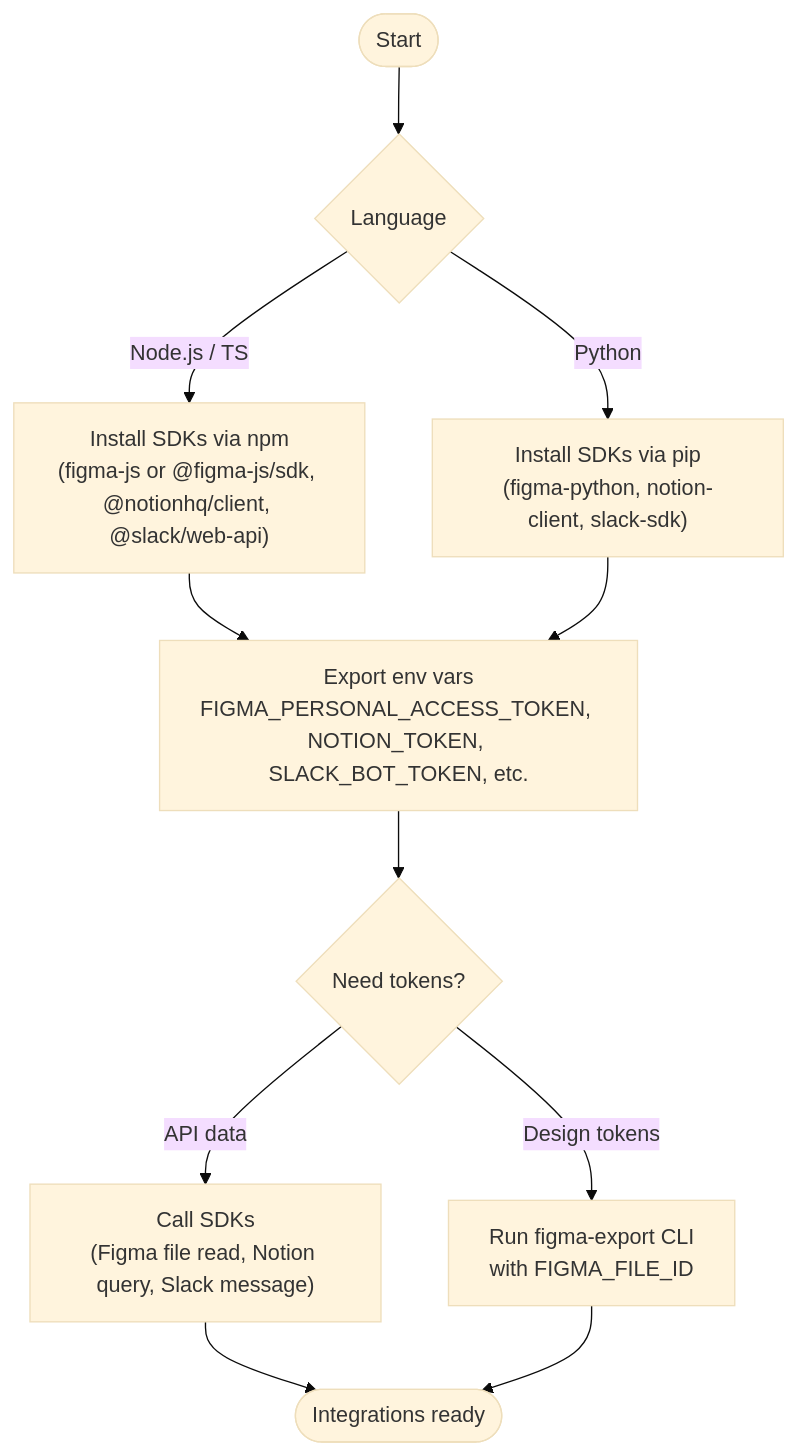
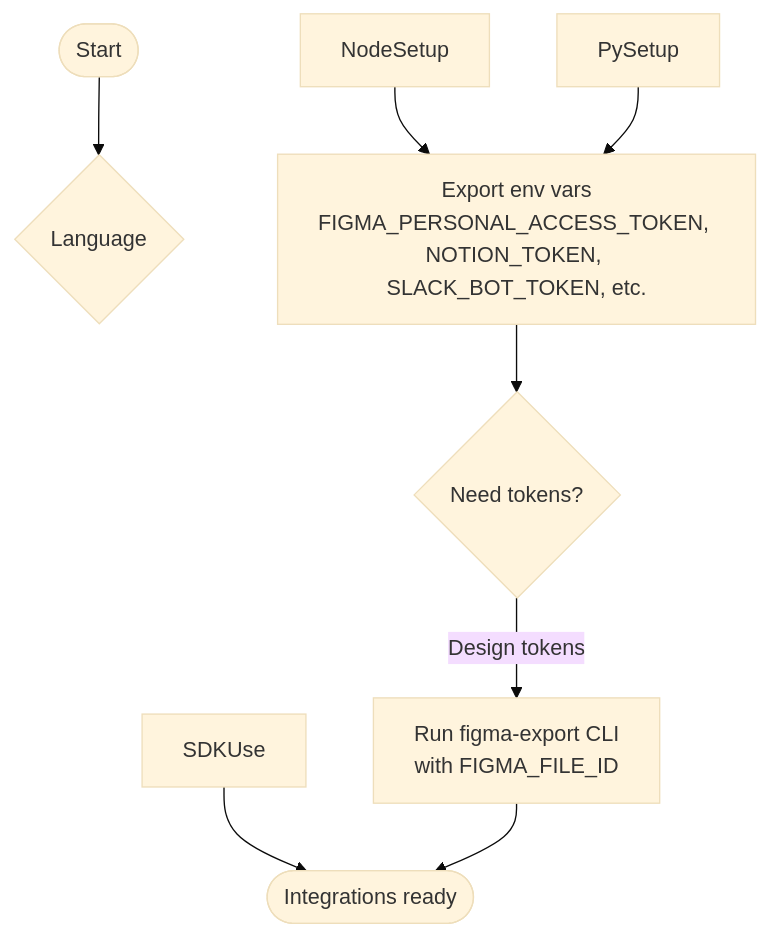
One commit to Arisofia/loans-analytics changed the second of 2 diagrams in docs/integrations.md. Above: the diagram before and after it, drawn with Mermaid (base theme). The commit also changed other lines of this file and 106 other files, not shown here.

````diff
--- a/docs/integrations.md
+++ b/docs/integrations.md
@@ -193,13 +176,10 @@
 ```mermaid
 flowchart TD
   Start([Start]) --> Lang{Language}
-  Lang -->|Node.js / TS| NodeSetup["Install SDKs via npm\n(figma-js or @figma-js/sdk, @notionhq/client, @slack/web-api)"]
-  Lang -->|Python| PySetup["Install SDKs via pip\n(figma-python, notion-client, slack-sdk)"]
   NodeSetup --> Env["Export env vars\nFIGMA_PERSONAL_ACCESS_TOKEN, NOTION_TOKEN, SLACK_BOT_TOKEN, etc."]
   PySetup --> Env
   Env --> Choice{Need tokens?}
   Choice -->|Design tokens| FigmaExport["Run figma-export CLI\nwith FIGMA_FILE_ID"]
-  Choice -->|API data| SDKUse["Call SDKs\n(Figma file read, Notion query, Slack message)"]
   SDKUse --> Done([Integrations ready])
   FigmaExport --> Done
 ```
````
